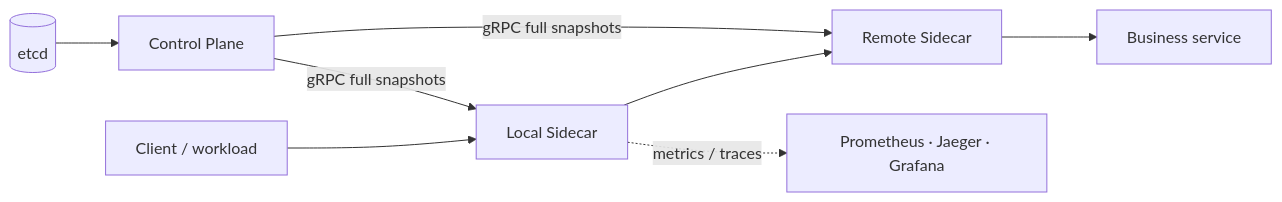
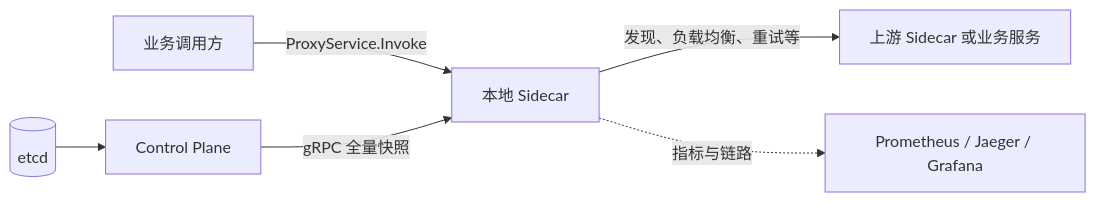
One commit to fff-rick/minimesh changed the diagram in README.md. Above: the diagram before and after it, drawn with Mermaid. The commit also changed other lines of this file, not shown here.

````diff
--- a/README.md
+++ b/README.md
@@ -32,10 +49,8 @@
 ```mermaid
 flowchart LR
-  C[Client / workload] --> S1[Local Sidecar]
-  S1 --> S2[Remote Sidecar]
-  S2 --> B[Business service]
-  CP[Control Plane] -->|gRPC full snapshots| S1
-  CP -->|gRPC full snapshots| S2
-  E[(etcd)] --> CP
-  S1 -. metrics / traces .-> O[Prometheus · Jaeger · Grafana]
+  A[业务调用方] -->|ProxyService.Invoke| B[本地 Sidecar]
+  B -->|发现、负载均衡、重试等| C[上游 Sidecar 或业务服务]
+  D[Control Plane] -->|gRPC 全量快照| B
+  E[(etcd)] --> D
+  B -. 指标与链路 .-> F[Prometheus / Jaeger / Grafana]
 ```
````
